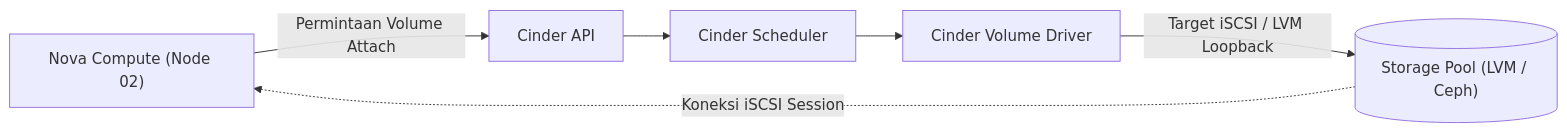
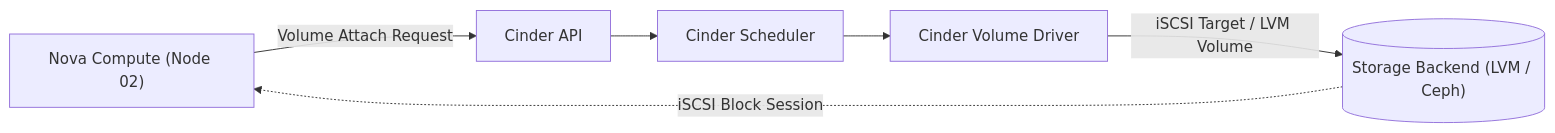
Before and after one commit to AbyanDimas/Opentack-Research: the diagram in storage-glance-cinder.md, drawn with Mermaid. The commit also changed other lines of this file and 12 other files, not shown here.

````diff
--- a/storage-glance-cinder.md
+++ b/storage-glance-cinder.md
@@ -46,8 +46,8 @@
 ```mermaid
 flowchart LR
-    NovaCompute["Nova Compute (Node 02)"] -->|Permintaan Volume Attach| CinderAPI["Cinder API"]
+    NovaCompute["Nova Compute (Node 02)"] -->|Volume Attach Request| CinderAPI["Cinder API"]
     CinderAPI --> CinderScheduler["Cinder Scheduler"]
     CinderScheduler --> CinderVolume["Cinder Volume Driver"]
-    CinderVolume -->|Target iSCSI / LVM Loopback| StorageBackend[("Storage Pool (LVM / Ceph)")]
-    StorageBackend -.->|Koneksi iSCSI Session| NovaCompute
+    CinderVolume -->|iSCSI Target / LVM Volume| StorageBackend[("Storage Backend (LVM / Ceph)")]
+    StorageBackend -.->|iSCSI Block Session| NovaCompute
 ```
````
